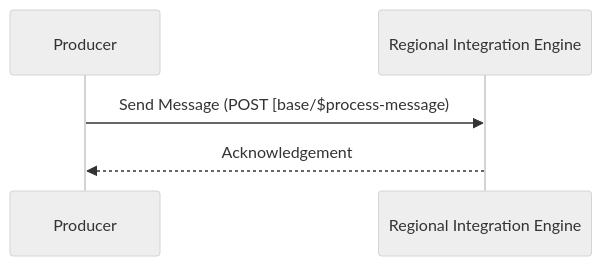
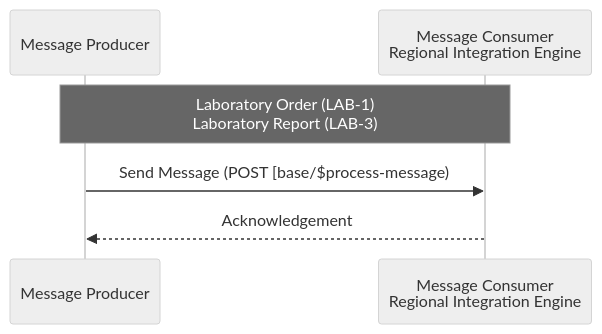
The third of 4 diagrams in input/pagecontent/MQ.md (nw-gmsa/nw-gmsa.github.com), drawn with Mermaid (neutral theme) before and after one commit. The commit also changed other lines of this file and 2 other files, not shown here.

````diff
--- a/input/pagecontent/MQ.md
+++ b/input/pagecontent/MQ.md
@@ -40,9 +52,10 @@
 ```mermaid
 sequenceDiagram
 
-participant producer as Producer
-participant RIE as Regional Integration Engine
+participant producer as Message Producer
+participant RIE as Message Consumer<br/>Regional Integration Engine
 
+note over producer,RIE: Laboratory Order (LAB-1) <br/> Laboratory Report (LAB-3)
 producer ->> RIE: Send Message (POST [base/$process-message)
 RIE -->> producer: Acknowledgement
 ```
````
